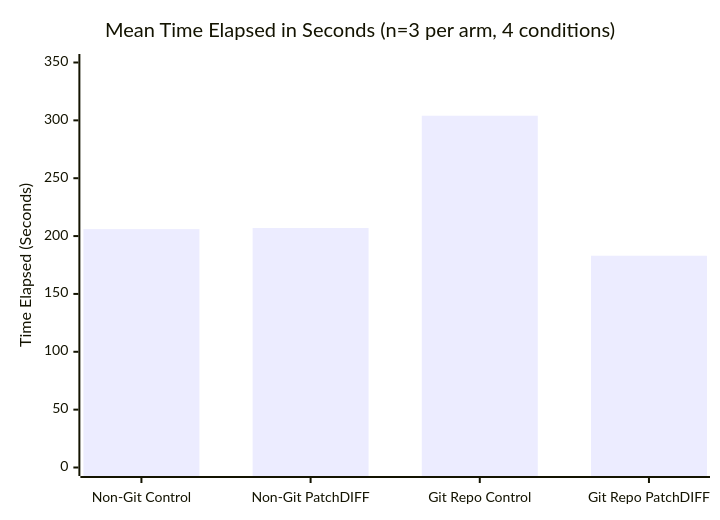
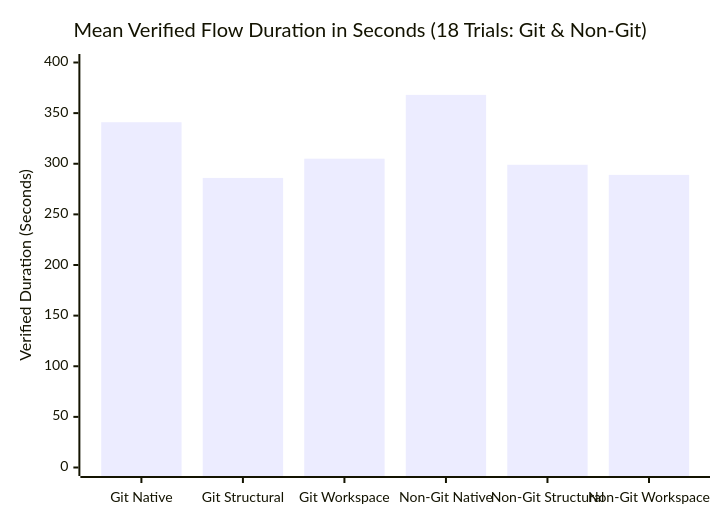
One commit to paragon-ux/Patch-DIFF changed the diagram in README.md. Above: the diagram before and after it, drawn with Mermaid. The commit also changed other lines of this file and 14 other files, not shown here.

````diff
--- a/README.md
+++ b/README.md
@@ -32,7 +32,7 @@
 ```mermaid
 xychart-beta
-    title "Mean Time Elapsed in Seconds (n=3 per arm, 4 conditions)"
-    x-axis ["Non-Git Control", "Non-Git PatchDIFF", "Git Repo Control", "Git Repo PatchDIFF"]
-    y-axis "Time Elapsed (Seconds)" 0 --> 350
-    bar [206, 207, 304, 183]
+    title "Mean Verified Flow Duration in Seconds (18 Trials: Git & Non-Git)"
+    x-axis ["Git Native", "Git Structural", "Git Workspace", "Non-Git Native", "Non-Git Structural", "Non-Git Workspace"]
+    y-axis "Verified Duration (Seconds)" 0 --> 400
+    bar [341, 286, 305, 368, 299, 289]
 ```
````
